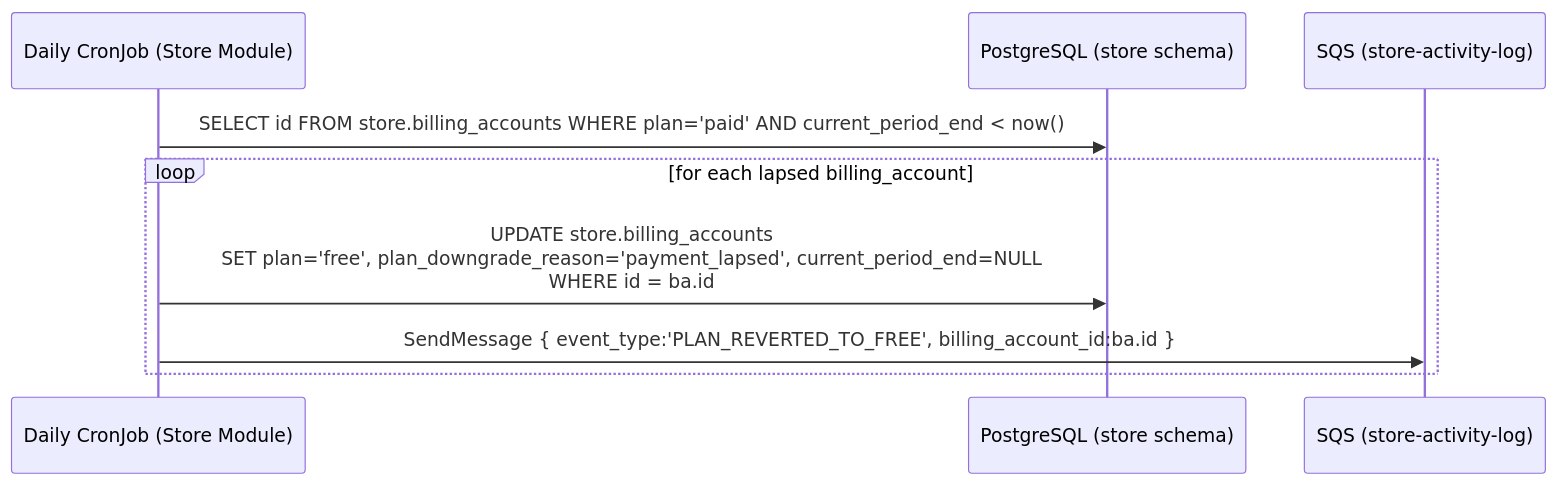
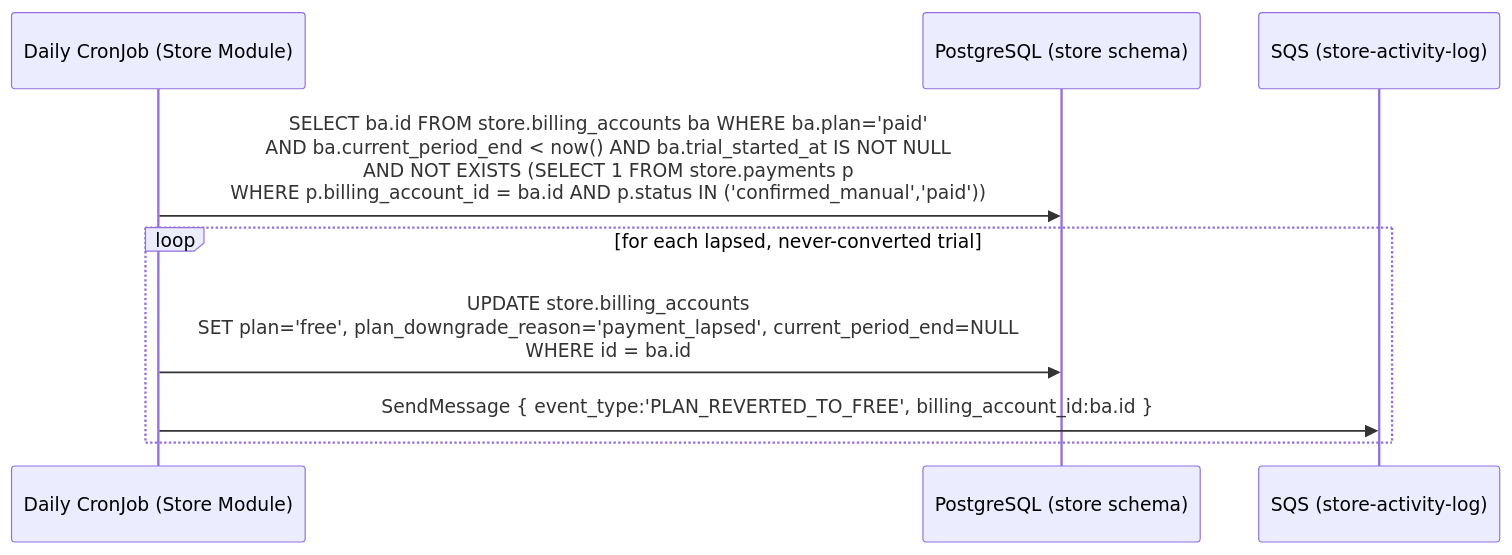
The fifth of 5 diagrams in usercasestudy/groway-billing-workflow.md (szhanggit/appointmentsystemdesign), drawn with Mermaid before and after one commit. The commit also changed other lines of this file and 18 other files, not shown here.

````diff
--- a/usercasestudy/groway-billing-workflow.md
+++ b/usercasestudy/groway-billing-workflow.md
@@ -204,12 +221,12 @@
 ```mermaid
 sequenceDiagram
     participant CRON as Daily CronJob (Store Module)
     participant DB as PostgreSQL (store schema)
     participant SQSQ as SQS (store-activity-log)
 
-    CRON->>DB: SELECT id FROM store.billing_accounts WHERE plan='paid' AND current_period_end < now()
-    loop for each lapsed billing_account
+    CRON->>DB: SELECT ba.id FROM store.billing_accounts ba WHERE ba.plan='paid'<br/>AND ba.current_period_end < now() AND ba.trial_started_at IS NOT NULL<br/>AND NOT EXISTS (SELECT 1 FROM store.payments p<br/>WHERE p.billing_account_id = ba.id AND p.status IN ('confirmed_manual','paid'))
+    loop for each lapsed, never-converted trial
         CRON->>DB: UPDATE store.billing_accounts<br/>SET plan='free', plan_downgrade_reason='payment_lapsed', current_period_end=NULL<br/>WHERE id = ba.id
         CRON->>SQSQ: SendMessage { event_type:'PLAN_REVERTED_TO_FREE', billing_account_id:ba.id }
     end
 ```
````
